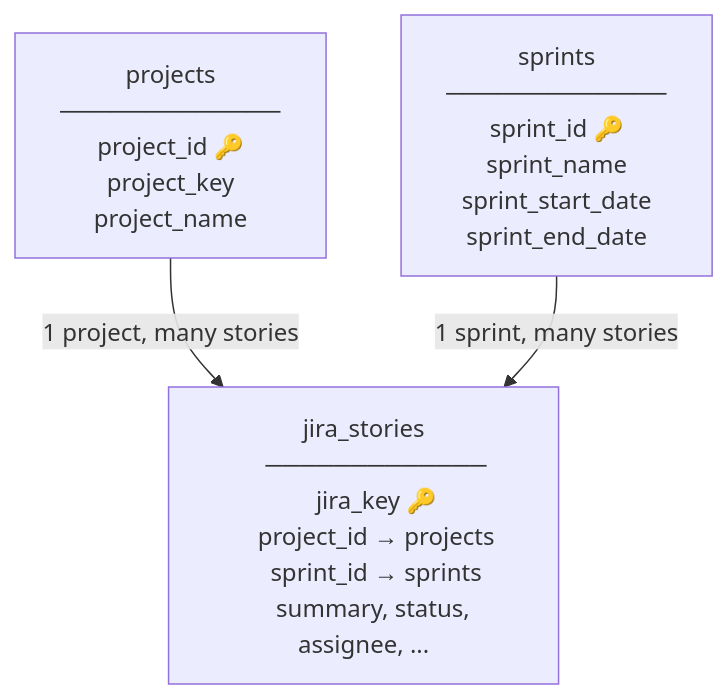
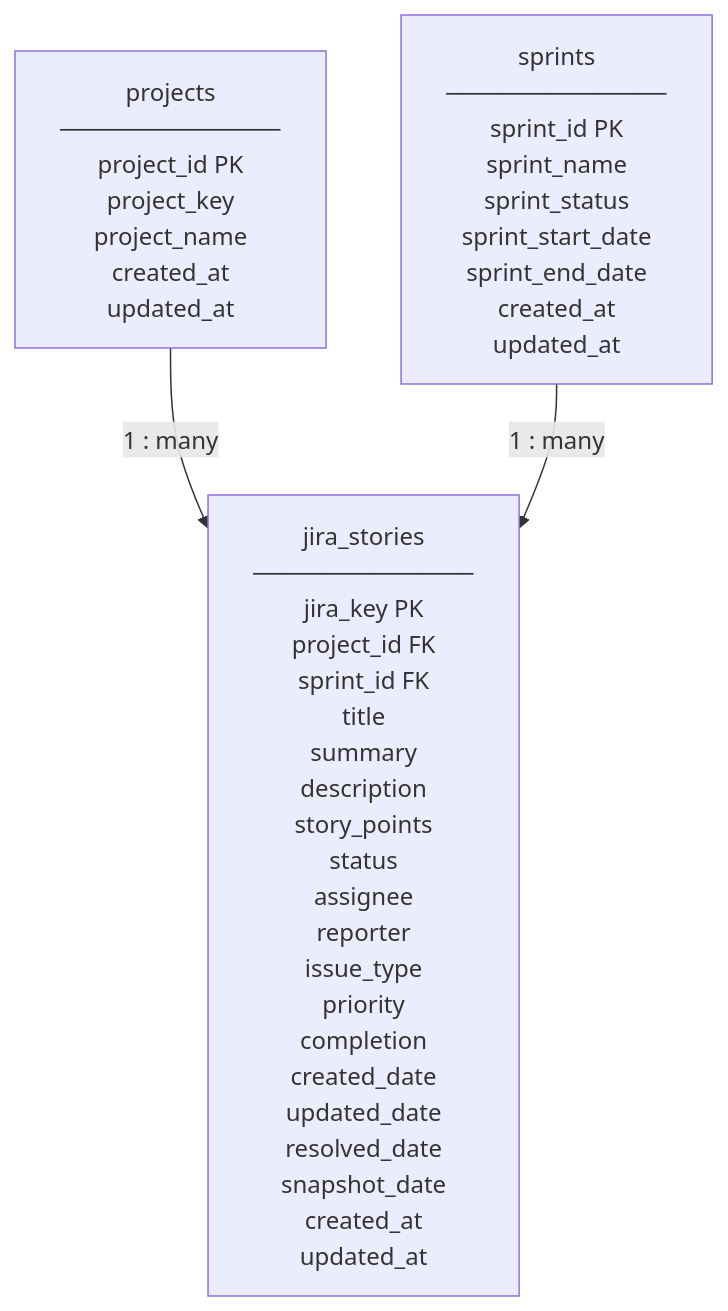
One commit to navneeth-official/DSR-WSR-AUTOMATION changed the diagram in sql/erd.md. Above: the diagram before and after it, drawn with Mermaid. The commit also changed other lines of this file and 2 other files, not shown here.

````diff
--- a/sql/erd.md
+++ b/sql/erd.md
@@ -9,25 +9,45 @@
 ```mermaid
 flowchart TB
     Projects["projects
     ─────────────
-    project_id 🔑
+    project_id PK
     project_key
-    project_name"]
+    project_name
+    created_at
+    updated_at"]
 
     Sprints["sprints
     ─────────────
-    sprint_id 🔑
+    sprint_id PK
     sprint_name
+    sprint_status
     sprint_start_date
-    sprint_end_date"]
+    sprint_end_date
+    created_at
+    updated_at"]
 
     Stories["jira_stories
     ─────────────
-    jira_key 🔑
-    project_id → projects
-    sprint_id → sprints
-    summary, status, assignee, ..."]
+    jira_key PK
+    project_id FK
+    sprint_id FK
+    title
+    summary
+    description
+    story_points
+    status
+    assignee
+    reporter
+    issue_type
+    priority
+    completion
+    created_date
+    updated_date
+    resolved_date
+    snapshot_date
+    created_at
+    updated_at"]
 
-    Projects -->|"1 project, many stories"| Stories
-    Sprints -->|"1 sprint, many stories"| Stories
+    Projects -->|"1 : many"| Stories
+    Sprints -->|"1 : many"| Stories
 ```
````
